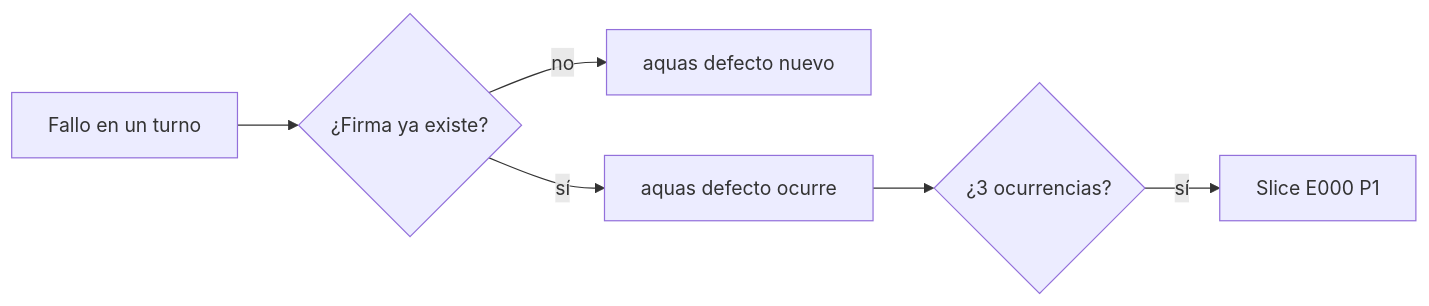
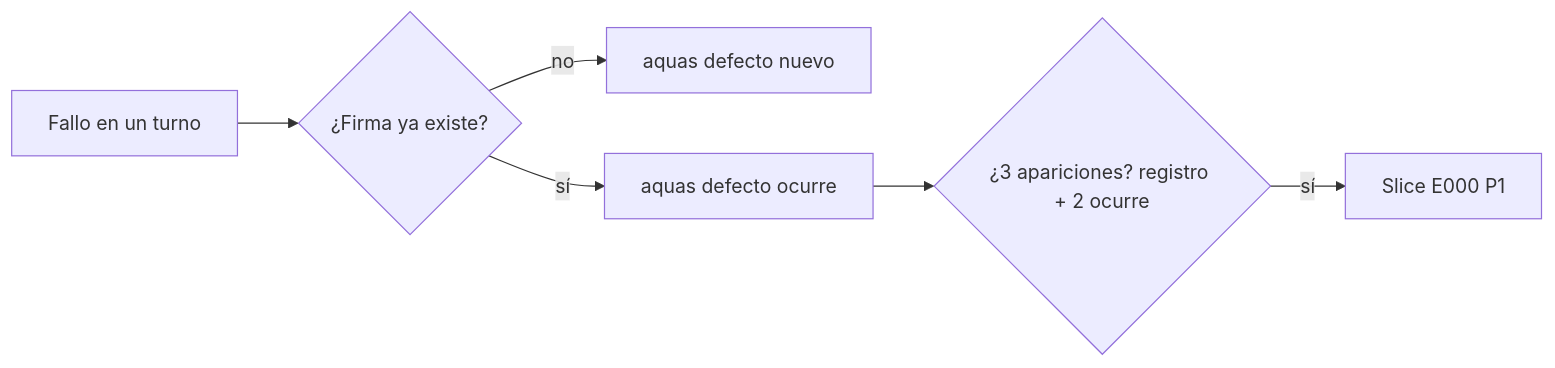
The first of 2 diagrams in docs/E001/F004/README.md (jliberal-aquas/aquas-central-harness-government), drawn with Mermaid before and after one commit. The commit also changed other lines of this file and 17 other files, not shown here.

````diff
--- a/docs/E001/F004/README.md
+++ b/docs/E001/F004/README.md
@@ -36,8 +36,8 @@
 ```mermaid
 flowchart LR
     F["Fallo en un turno"] --> R{"¿Firma ya existe?"}
     R -- "no" --> N["aquas defecto nuevo"]
     R -- "sí" --> O["aquas defecto ocurre"]
-    O --> U{"¿3 ocurrencias?"}
+    O --> U{"¿3 apariciones? registro + 2 ocurre"}
     U -- "sí" --> S["Slice E000 P1"]
 ```
````
